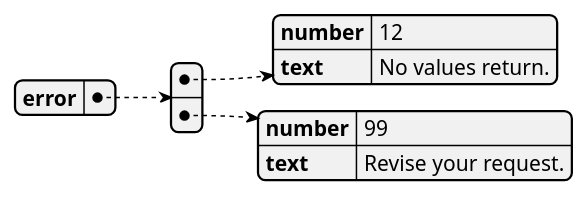
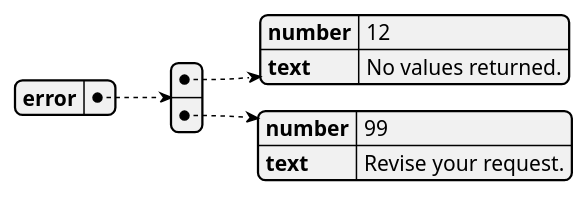
Before and after one commit to GiovaniPM/GenericRestJDE: the second of 3 diagrams in README.md, drawn with PlantUML. The commit also changed other lines of this file, not shown here.

````diff
--- a/README.md
+++ b/README.md
@@ -41,16 +41,16 @@
 ```PlantUML
 @startjson
 {
   "error": [
     {
       "number": 12,
-      "text": "No values return."
+      "text": "No values returned."
     },
     {
       "number": 99,
       "text": "Revise your request."
     }
   ]
 }
 @endjson
 ```
````
